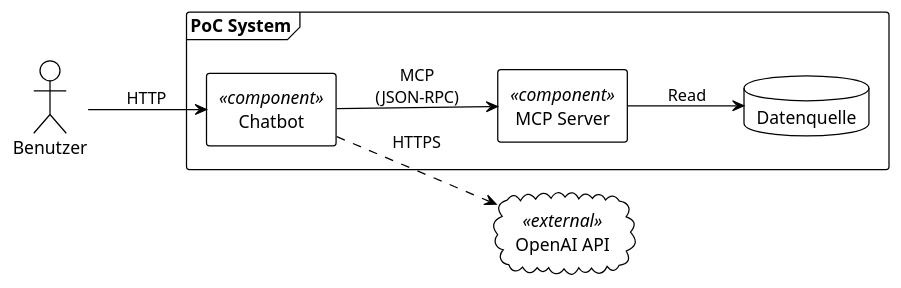
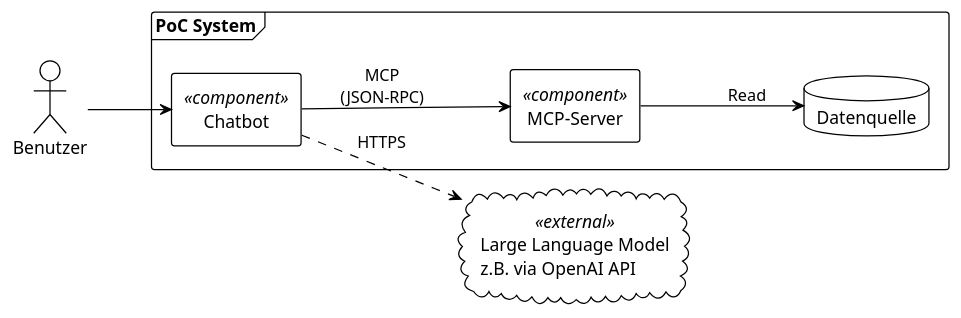
One commit to CeVauDe/cas-msed-transferarbeit changed the diagram in thesis/text/30_PoC/301_Systemarchitektur.adoc. Above: the diagram before and after it, drawn with PlantUML. The commit also changed other lines of this file and 9 other files, not shown here.

```diff
--- a/thesis/text/30_PoC/301_Systemarchitektur.adoc
+++ b/thesis/text/30_PoC/301_Systemarchitektur.adoc
@@ -12,24 +10,24 @@
 [plantuml, svg]
 ....
 @startuml
 !theme plain
 skinparam componentStyle rectangle
 left to right direction
 
 actor Benutzer as user
 
 frame "PoC System" {
   rectangle "Chatbot" <<component>> as chatbot
-  rectangle "MCP Server" <<component>> as mcp
+  rectangle "MCP-Server" <<component>> as mcp
   database "Datenquelle" as data
 }
 
-cloud "OpenAI API" <<external>> as openai_api
+cloud "Large Language Model\nz.B. via OpenAI API" <<external>> as openai_api
 
-user --> chatbot : "HTTP"
+user --> chatbot : ""
 chatbot --> mcp : "MCP\n(JSON-RPC)"
 mcp --> data : "Read"
 chatbot ..> openai_api : "HTTPS"
 
 @enduml
 ....
```
